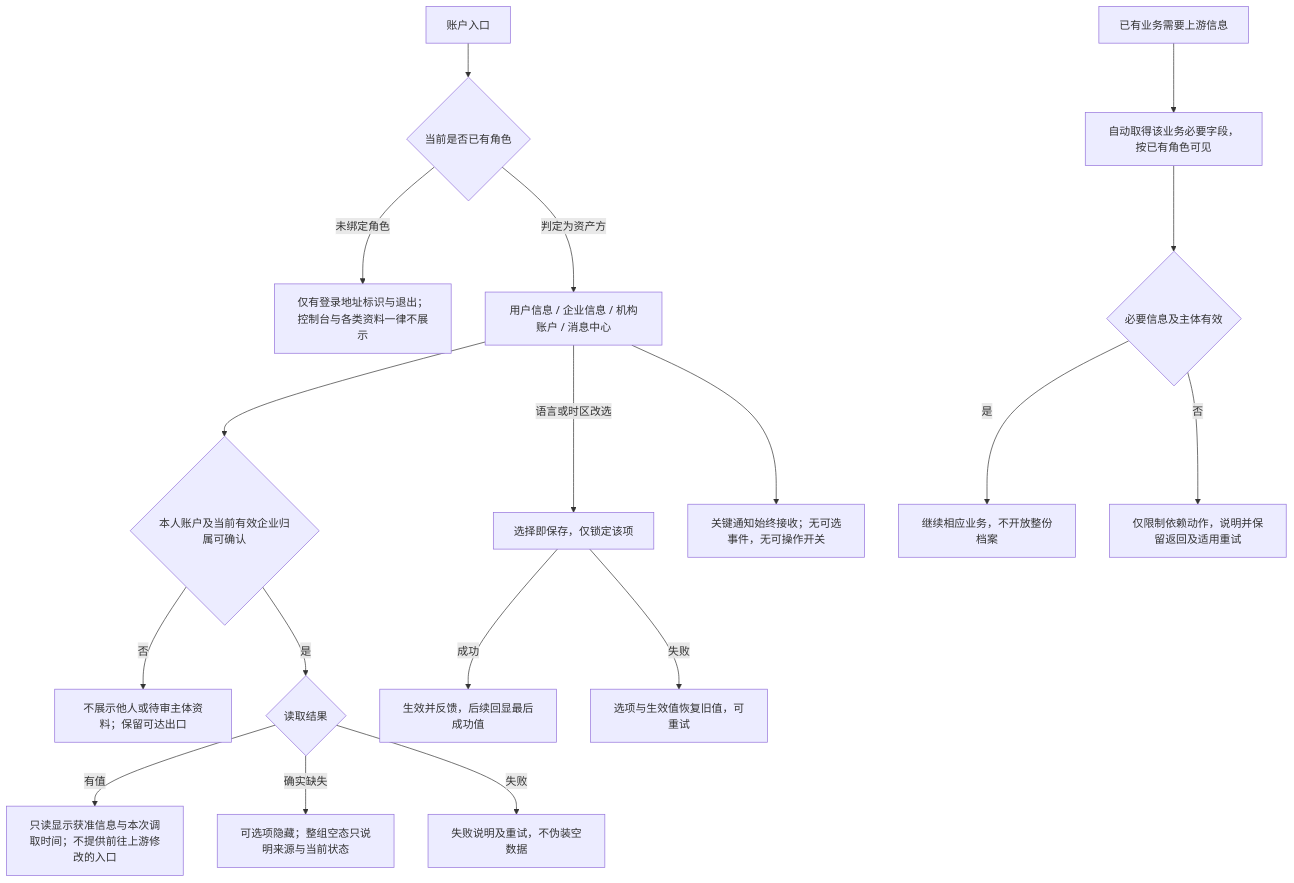
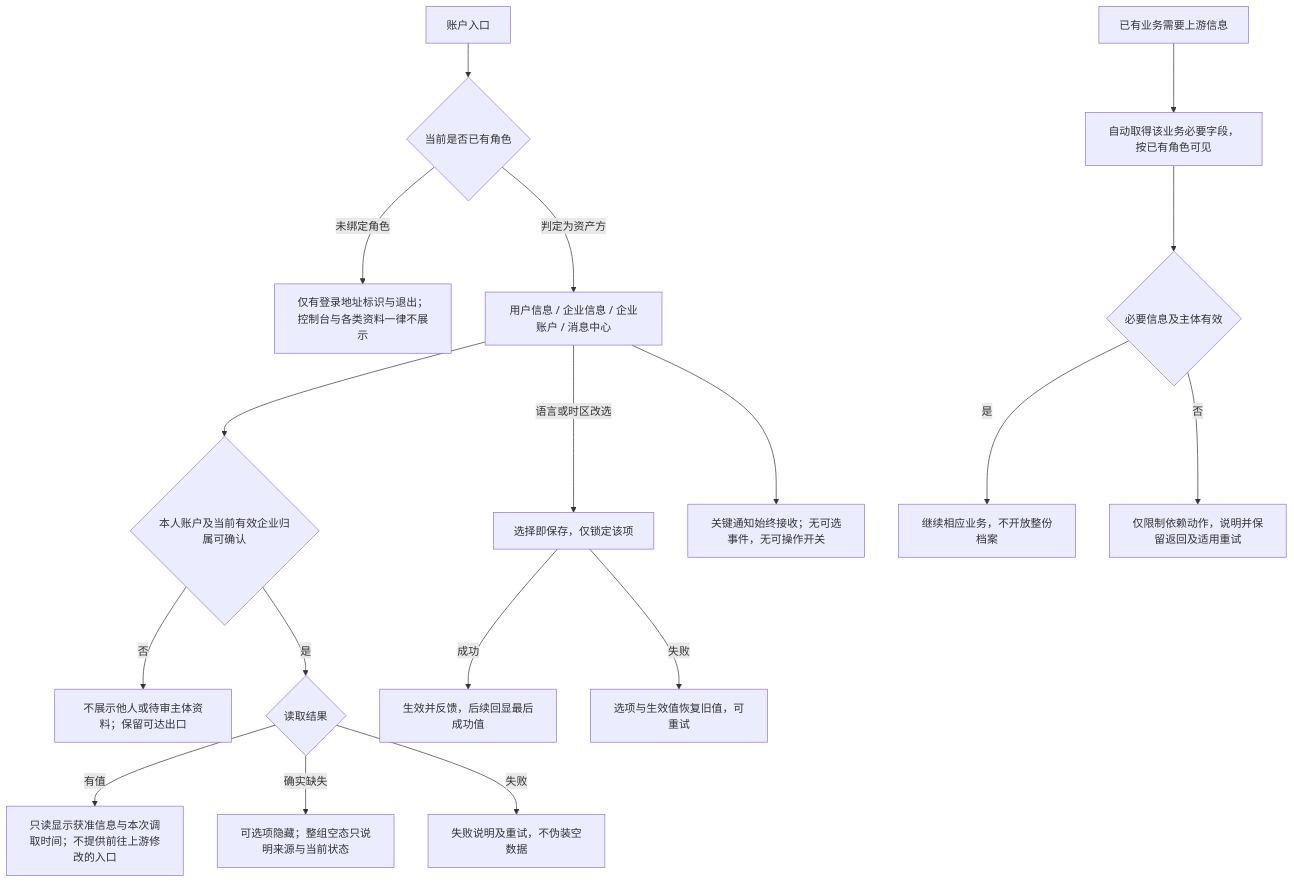
One commit to wxblockchain/Chain-Financing changed the fifth of 7 diagrams in lending-platform/PRD/v2.0-登录与账户体系/02-登录主干与资产方SSO接入-流程图与状态机.md. Above: the diagram before and after it, drawn with Mermaid. The commit also changed other lines of this file and 4 other files, not shown here.

````diff
--- a/lending-platform/PRD/v2.0-登录与账户体系/02-登录主干与资产方SSO接入-流程图与状态机.md
+++ b/lending-platform/PRD/v2.0-登录与账户体系/02-登录主干与资产方SSO接入-流程图与状态机.md
@@ -117,20 +117,20 @@
 ```mermaid
 flowchart TD
     MENU["账户入口"] --> ROLE{"当前是否已有角色"}
     ROLE -->|未绑定角色| ONLY["仅有登录地址标识与退出；控制台与各类资料一律不展示"]
-    ROLE -->|判定为资产方| P["用户信息 / 企业信息 / 机构账户 / 消息中心"]
+    ROLE -->|判定为资产方| P["用户信息 / 企业信息 / 企业账户 / 消息中心"]
     P --> OWNER{"本人账户及当前有效企业归属可确认"}
     OWNER -->|否| DENY["不展示他人或待审主体资料；保留可达出口"]
     OWNER -->|是| LOAD{"读取结果"}
     LOAD -->|有值| SHOW["只读显示获准信息与本次调取时间；不提供前往上游修改的入口"]
     LOAD -->|确实缺失| EMPTY["可选项隐藏；整组空态只说明来源与当前状态"]
     LOAD -->|失败| FAIL["失败说明及重试，不伪装空数据"]
     P -->|语言或时区改选| SAVE["选择即保存，仅锁定该项"]
     SAVE -->|成功| OK["生效并反馈，后续回显最后成功值"]
     SAVE -->|失败| ROLLBACK["选项与生效值恢复旧值，可重试"]
     P --> NOTICE["关键通知始终接收；无可选事件，无可操作开关"]
     B["已有业务需要上游信息"] --> AUTO["自动取得该业务必要字段，按已有角色可见"]
     AUTO --> NEED{"必要信息及主体有效"}
     NEED -->|是| USE["继续相应业务，不开放整份档案"]
     NEED -->|否| LIMIT["仅限制依赖动作，说明并保留返回及适用重试"]
 ```
````
